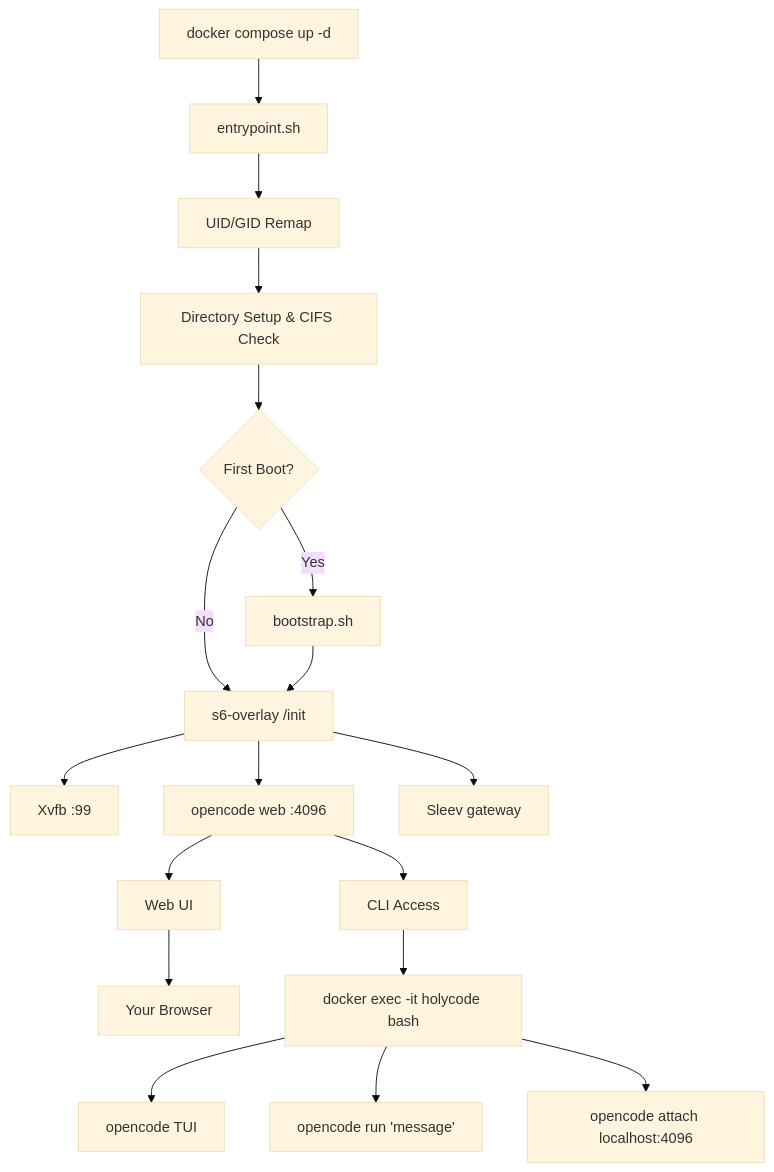
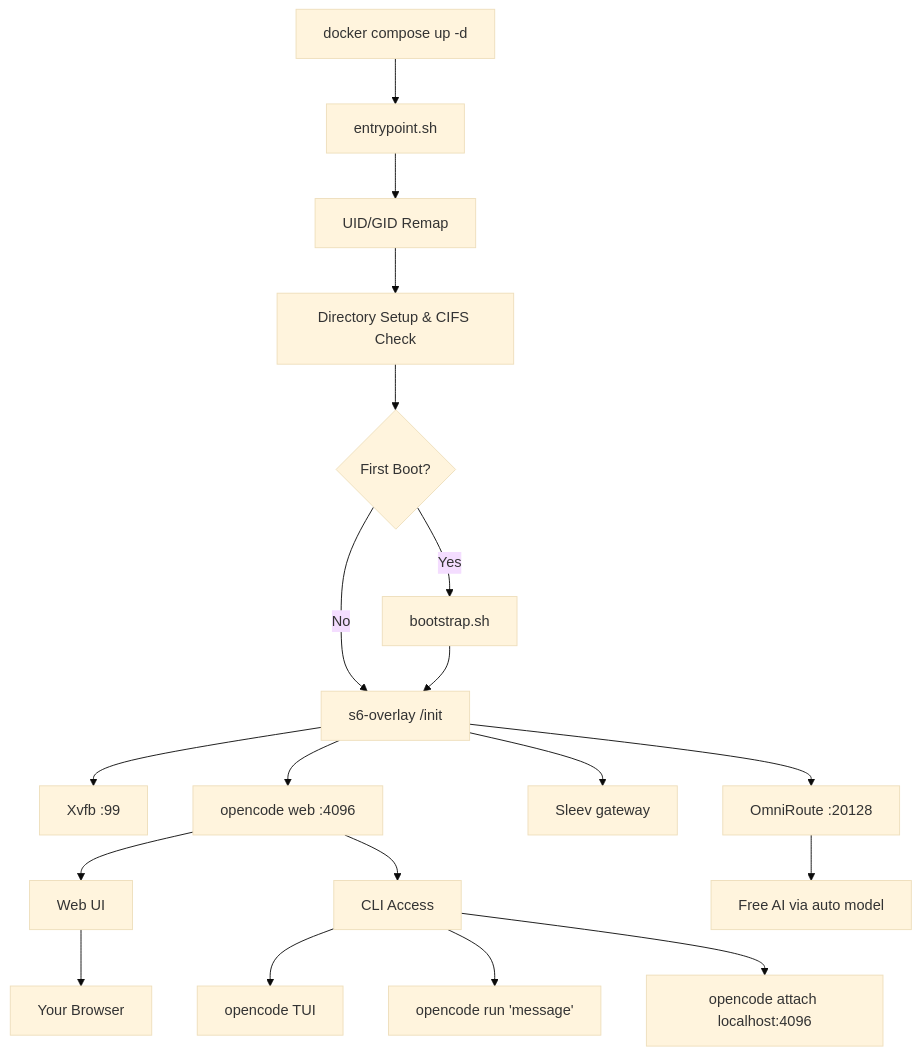
One commit to xiaden/SkyScow changed the diagram in README.md. Above: the diagram before and after it, drawn with Mermaid (base theme). The commit also changed other lines of this file and 5 other files, not shown here.

````diff
--- a/README.md
+++ b/README.md
@@ -458,20 +463,21 @@
 ```mermaid
 graph TD
     A[docker compose up -d] --> B[entrypoint.sh]
     B --> C[UID/GID Remap]
     C --> D[Directory Setup & CIFS Check]
     D --> E{First Boot?}
     E -->|Yes| F[bootstrap.sh]
     E -->|No| G[s6-overlay /init]
     F --> G
     G --> H[Xvfb :99]
     G --> I[opencode web :4096]
     G --> J[Sleev gateway]
-    I --> K[Web UI]
-    K --> L[Your Browser]
-    I --> M[CLI Access]
-    M --> N[docker exec -it holycode bash]
+    G --> K[OmniRoute :20128]
+    I --> L[Web UI]
+    L --> M[Your Browser]
+    I --> N[CLI Access]
     N --> O[opencode TUI]
     N --> P[opencode run 'message']
     N --> Q[opencode attach localhost:4096]
+    K --> R[Free AI via auto model]
 ```
````
